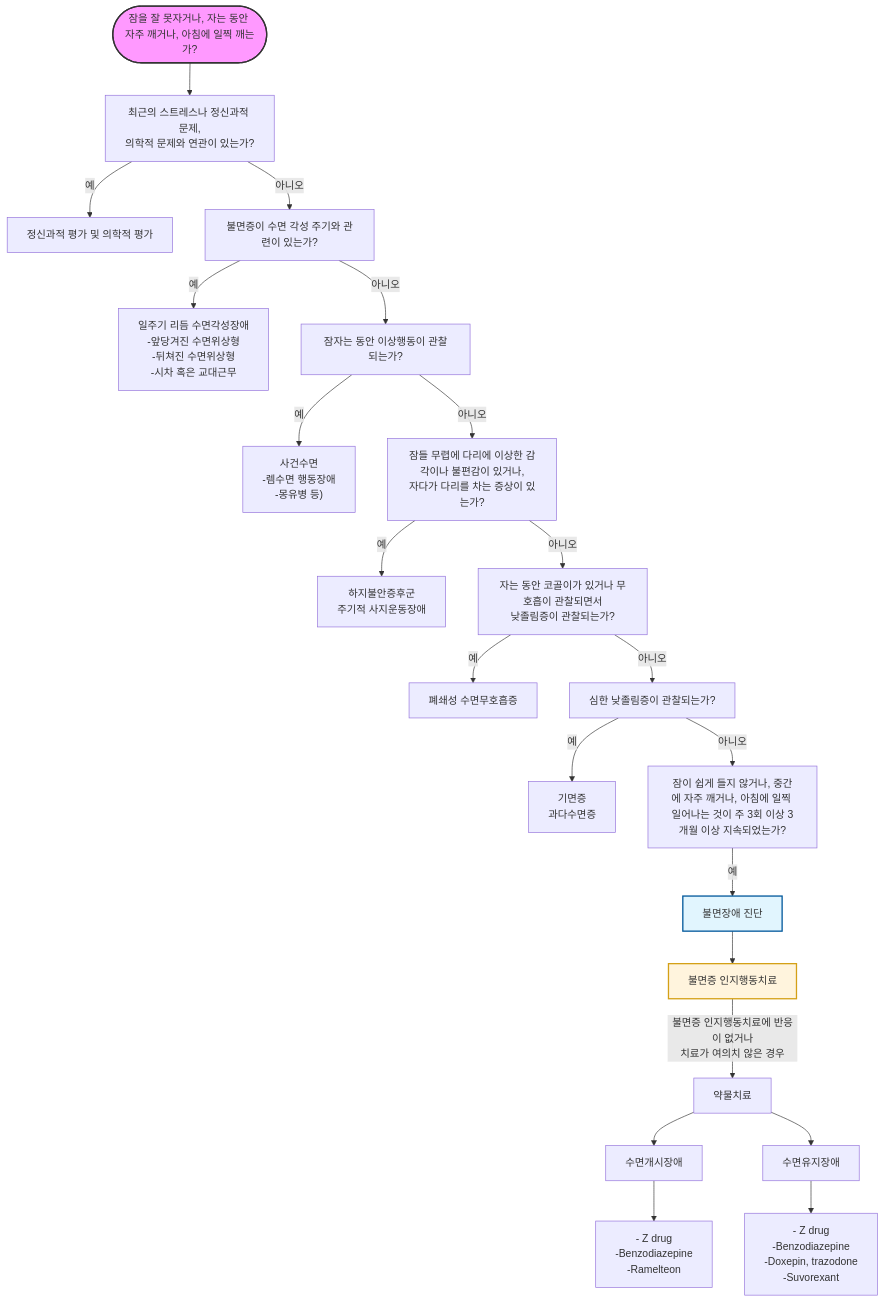
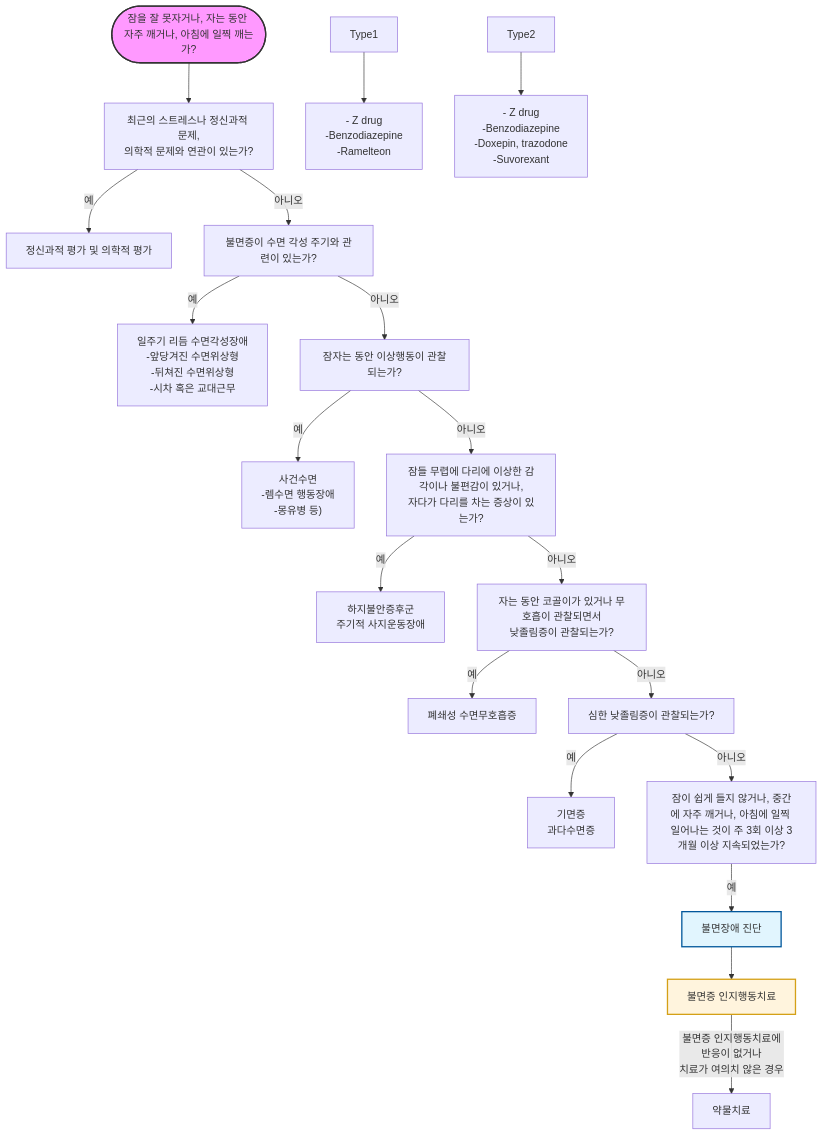
The diagram in 221_/029_-insomnia-sleep-disorder.md (familyoh77/familyoh77), drawn with Mermaid before and after one commit. The commit also changed other lines of this file, not shown here.

````diff
--- a/221_/029_-insomnia-sleep-disorder.md
+++ b/221_/029_-insomnia-sleep-disorder.md
@@ -516,38 +194,36 @@
 ```mermaid
 graph TD
     Start([잠을 잘 못자거나, 자는 동안 자주 깨거나, 아침에 일찍 깨는가?]) --> Q1[최근의 스트레스나 정신과적 문제,<br/>의학적 문제와 연관이 있는가?]
     
     Q1 -- "예" --> A1[정신과적 평가 및 의학적 평가]
     Q1 -- "아니오" --> Q2[불면증이 수면 각성 주기와 관련이 있는가?]
     
     Q2 -- "예" --> A2["일주기 리듬 수면각성장애<br/>-앞당겨진 수면위상형 <br/>-뒤쳐진 수면위상형<br/>-시차 혹은 교대근무"]
     Q2 -- "아니오" --> Q3[잠자는 동안 이상행동이 관찰되는가?]
     
     Q3 -- "예" --> A3["사건수면<br/>-렘수면 행동장애<br/>-몽유병 등)"]
     Q3 -- "아니오" --> Q4[잠들 무렵에 다리에 이상한 감각이나 불편감이 있거나,<br/>자다가 다리를 차는 증상이 있는가?]
     
     Q4 -- "예" --> A4[하지불안증후군<br/>주기적 사지운동장애]
     Q4 -- "아니오" --> Q5[자는 동안 코골이가 있거나 무호흡이 관찰되면서<br/>낮졸림증이 관찰되는가?]
     
     Q5 -- "예" --> A5[폐쇄성 수면무호흡증]
     Q5 -- "아니오" --> Q6[심한 낮졸림증이 관찰되는가?]
     
     Q6 -- "예" --> A6[기면증<br/>과다수면증]
     Q6 -- "아니오" --> Q7[잠이 쉽게 들지 않거나, 중간에 자주 깨거나, 아침에 일찍 일어나는 것이 주 3회 이상 3개월 이상 지속되었는가?]
     
     Q7 -- "예" --> Diagnosis[불면장애 진단]
     
     Diagnosis --> CBT[불면증 인지행동치료]
     
-    CBT -- "불면증 인지행동치료에 반응이 없거나<br/>치료가 여의치 않은 경우" --> Drug[약물치료]
-    
-    Drug --> Type1[수면개시장애]
-    Drug --> Type2[수면유지장애]
+    CBT -- "불면증 인지행동치료에 
+    반응이 없거나<br/>치료가 여의치 않은 경우" --> Drug[약물치료]
     
     Type1 --> D1["- Z drug<br/>-Benzodiazepine<br/>-Ramelteon"]
     Type2 --> D2["- Z drug<br/>-Benzodiazepine<br/>-Doxepin, trazodone<br/>-Suvorexant"]
 
     style Start fill:#f9f,stroke:#333,stroke-width:2px
     style Diagnosis fill:#e1f5fe,stroke:#01579b,stroke-width:2px
     style CBT fill:#fff4dd,stroke:#d4a017,stroke-width:2px
 ```
````
